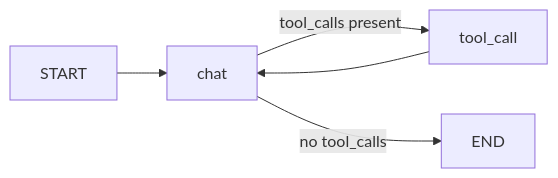
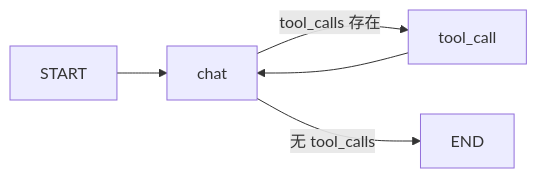
One commit to C-jcbest/landslide-monitoring-agent changed the third of 3 diagrams in docs/architecture.md. Above: the diagram before and after it, drawn with Mermaid. The commit also changed other lines of this file and 25 other files, not shown here.

````diff
--- a/docs/architecture.md
+++ b/docs/architecture.md
@@ -90,7 +92,7 @@
 ```mermaid
 graph LR
     START --> chat
-    chat -->|tool_calls present| tool_call
+    chat -->|tool_calls 存在| tool_call
     tool_call --> chat
-    chat -->|no tool_calls| END
+    chat -->|无 tool_calls| END
 ```
````
